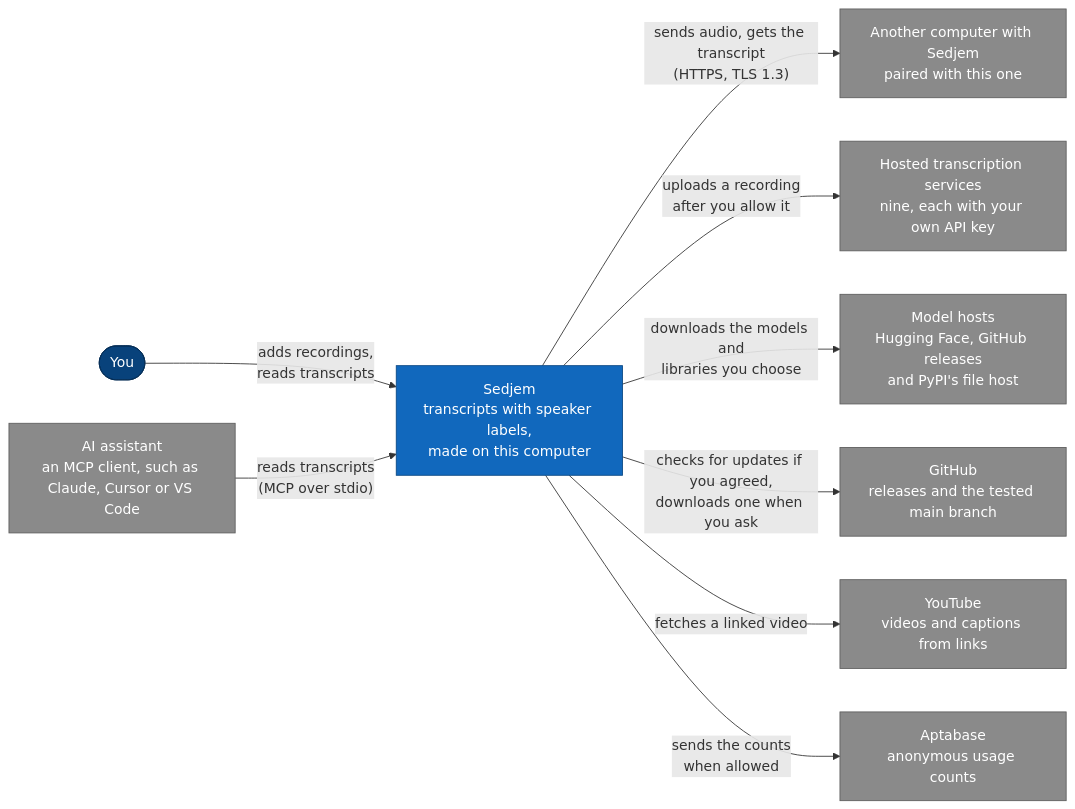
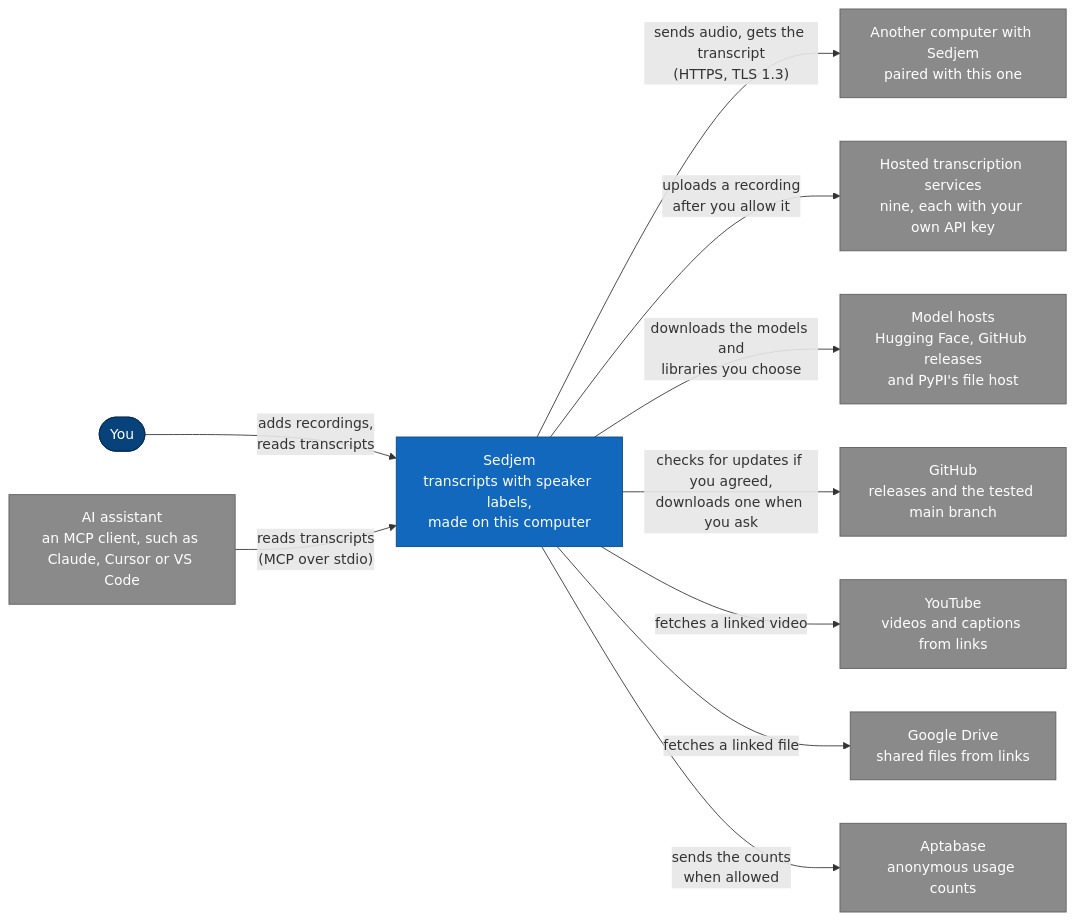
Before and after one commit to MohammedEl-sayedAhmed/sedjem: the first of 3 diagrams in docs/16-architecture.md, drawn with Mermaid. The commit also changed other lines of this file and 26 other files, not shown here.

First line of the commit message:
Links: transcribe Google Drive files (#137)

````diff
--- a/docs/16-architecture.md
+++ b/docs/16-architecture.md
@@ -13,28 +13,30 @@
 ```mermaid
 flowchart LR
   you(["You"])
   assistant["AI assistant<br/>an MCP client, such as Claude, Cursor or VS Code"]
   sedjem["Sedjem<br/>transcripts with speaker labels,<br/>made on this computer"]
   other["Another computer with Sedjem<br/>paired with this one"]
   hosted["Hosted transcription services<br/>nine, each with your own API key"]
   models["Model hosts<br/>Hugging Face, GitHub releases<br/>and PyPI's file host"]
   github["GitHub<br/>releases and the tested main branch"]
   youtube["YouTube<br/>videos and captions from links"]
+  gdrive["Google Drive<br/>shared files from links"]
   aptabase["Aptabase<br/>anonymous usage counts"]
 
   you -->|"adds recordings,<br/>reads transcripts"| sedjem
   assistant -->|"reads transcripts<br/>(MCP over stdio)"| sedjem
   sedjem -->|"sends audio, gets the transcript<br/>(HTTPS, TLS 1.3)"| other
   sedjem -->|"uploads a recording<br/>after you allow it"| hosted
   sedjem -->|"downloads the models and<br/>libraries you choose"| models
   sedjem -->|"checks for updates if you agreed,<br/>downloads one when you ask"| github
   sedjem -->|"fetches a linked video"| youtube
+  sedjem -->|"fetches a linked file"| gdrive
   sedjem -->|"sends the counts<br/>when allowed"| aptabase
 
   classDef person fill:#08427b,stroke:#052e56,color:#fff
   classDef system fill:#1168bd,stroke:#0b4884,color:#fff
   classDef external fill:#8a8a8a,stroke:#5e5e5e,color:#fff
   class you person
   class sedjem system
-  class assistant,other,hosted,models,github,youtube,aptabase external
+  class assistant,other,hosted,models,github,youtube,gdrive,aptabase external
 ```
````
